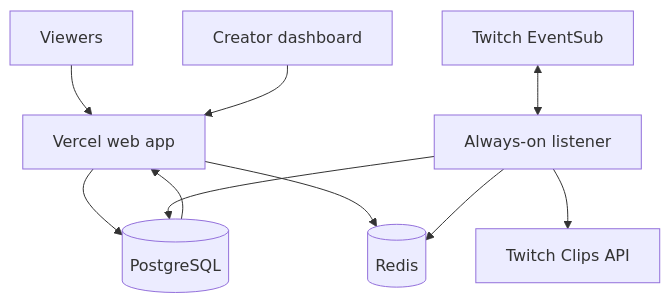
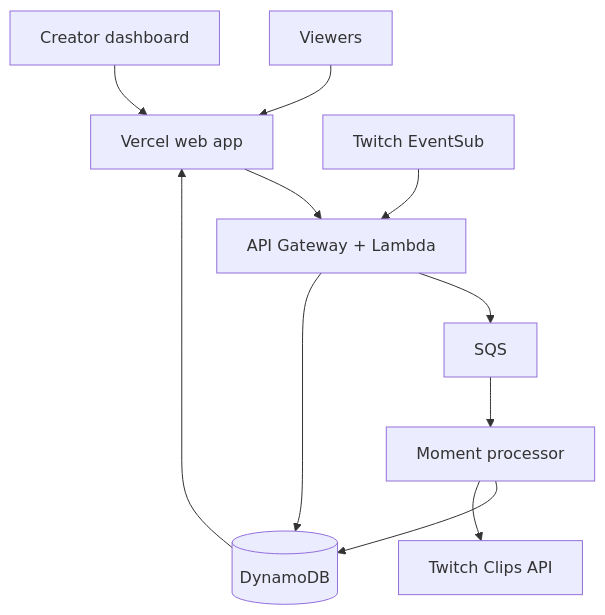
Before and after one commit to joboyebisi/CrowdPulseAI: the second of 2 diagrams in README.md, drawn with Mermaid. The commit also changed other lines of this file and 30 other files, not shown here.

````diff
--- a/README.md
+++ b/README.md
@@ -86,12 +89,13 @@
 ```mermaid
 flowchart TB
     V[Viewers] --> W[Vercel web app]
     C[Creator dashboard] --> W
-    W --> DB[(PostgreSQL)]
-    W --> R[(Redis)]
-    T[Twitch EventSub] <--> L[Always-on listener]
+    W --> A[API Gateway + Lambda]
+    T[Twitch EventSub] --> A
+    A --> Q[SQS]
+    Q --> L[Moment processor]
+    A --> DB[(DynamoDB)]
     L --> DB
-    L --> R
     L --> API[Twitch Clips API]
     DB --> W
 ```
````
